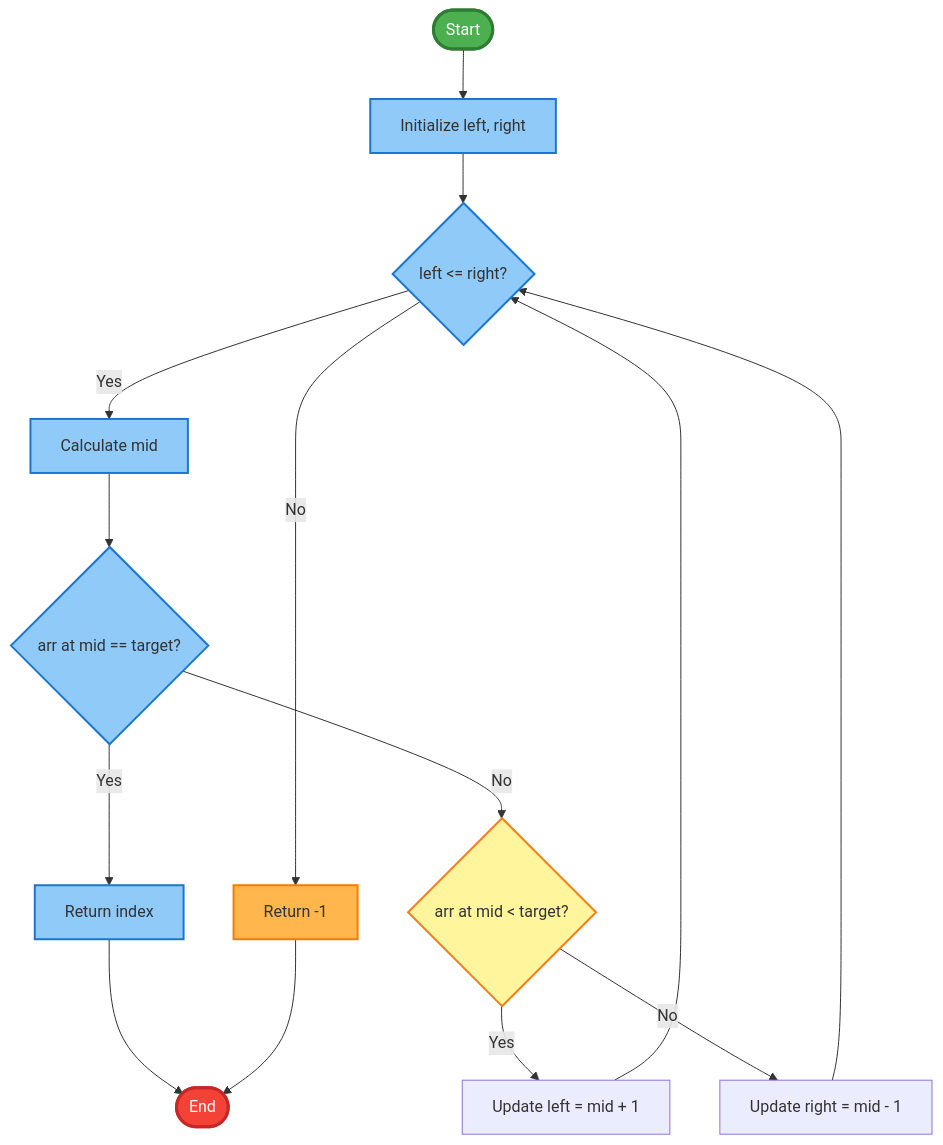
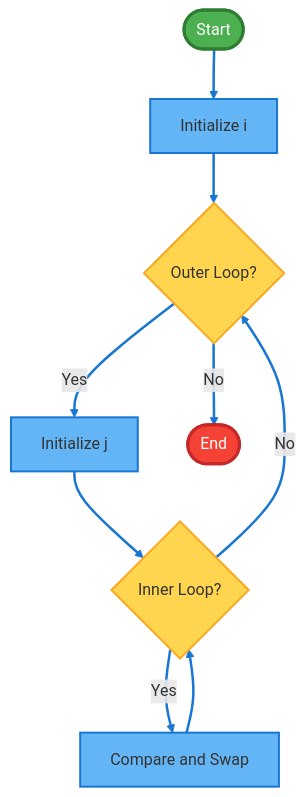
Before and after one commit to ArunMunagala7/langgraph-code-inspector: the diagram in temp/test_flowchart.mmd, drawn with Mermaid. The commit also changed 3 other files, not shown here.

Commit message:
FINAL FIX: Simplified robust Mermaid generator with reliable rendering, proper arrow colors, loop handling, and no fallbacks

```diff
--- a/temp/test_flowchart.mmd
+++ b/temp/test_flowchart.mmd
@@ -1,37 +1,27 @@
 graph TD
     start([Start])
-    step1[Initialize left, right]
-    step2{left <= right?}
-    step3[Calculate mid]
-    step4{arr at mid == target?}
-    step5{arr at mid < target?}
-    step6[Update left = mid + 1]
-    step7[Update right = mid - 1]
-    returnMid[Return index]
-    returnNeg1[Return -1]
-    endNode([End])
-
+    step1[Initialize i]
+    step2{Outer Loop?}
+    step3[Initialize j]
+    step4{Inner Loop?}
+    step5[Compare and Swap]
+    stepEnd([End])
+    
     start --> step1
     step1 --> step2
     step2 -->|Yes| step3
-    step2 -->|No| returnNeg1
     step3 --> step4
-    step4 -->|Yes| returnMid
-    step4 -->|No| step5
-    step5 -->|Yes| step6
-    step5 -->|No| step7
-    step6 --> step2
-    step7 --> step2
-    returnMid --> endNode
-    returnNeg1 --> endNode
-
-    %% Styling
+    step4 -->|Yes| step5
+    step5 --> step4
+    step4 -->|No| step2
+    step2 -->|No| stepEnd
+    
     style start fill:#4CAF50,stroke:#2E7D32,stroke-width:3px,color:#fff
-    style step1 fill:#90CAF9,stroke:#1976D2,stroke-width:2px
-    style step2 fill:#90CAF9,stroke:#1976D2,stroke-width:2px
-    style step3 fill:#90CAF9,stroke:#1976D2,stroke-width:2px
-    style step4 fill:#90CAF9,stroke:#1976D2,stroke-width:2px
-    style step5 fill:#FFF59D,stroke:#F57F17,stroke-width:2px
-    style returnMid fill:#90CAF9,stroke:#1976D2,stroke-width:2px
-    style returnNeg1 fill:#FFB74D,stroke:#F57C00,stroke-width:2px
-    style endNode fill:#F44336,stroke:#C62828,stroke-width:3px,color:#fff
+    style stepEnd fill:#F44336,stroke:#C62828,stroke-width:3px,color:#fff
+    style step2 fill:#FFD54F,stroke:#F9A825,stroke-width:2px
+    style step1 fill:#64B5F6,stroke:#1976D2,stroke-width:2px
+    style step3 fill:#64B5F6,stroke:#1976D2,stroke-width:2px
+    style step4 fill:#FFD54F,stroke:#F9A825,stroke-width:2px
+    style step5 fill:#64B5F6,stroke:#1976D2,stroke-width:2px
+    
+    linkStyle default stroke:#1976D2,stroke-width:2.5px;
```
